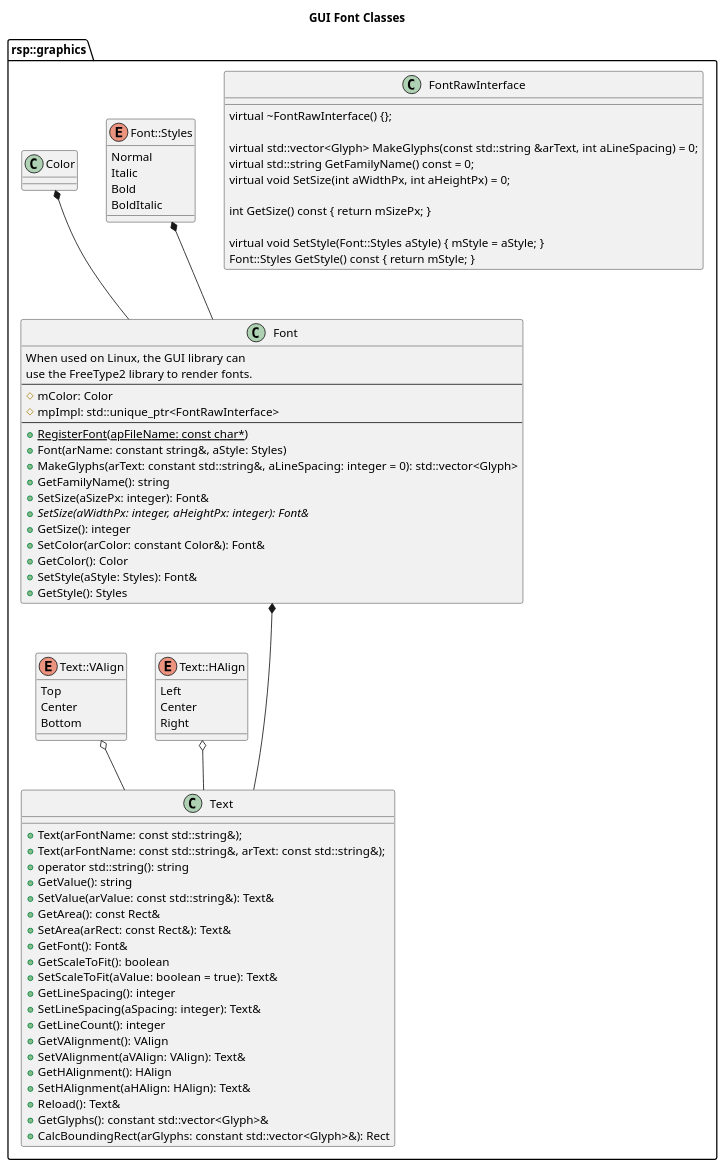
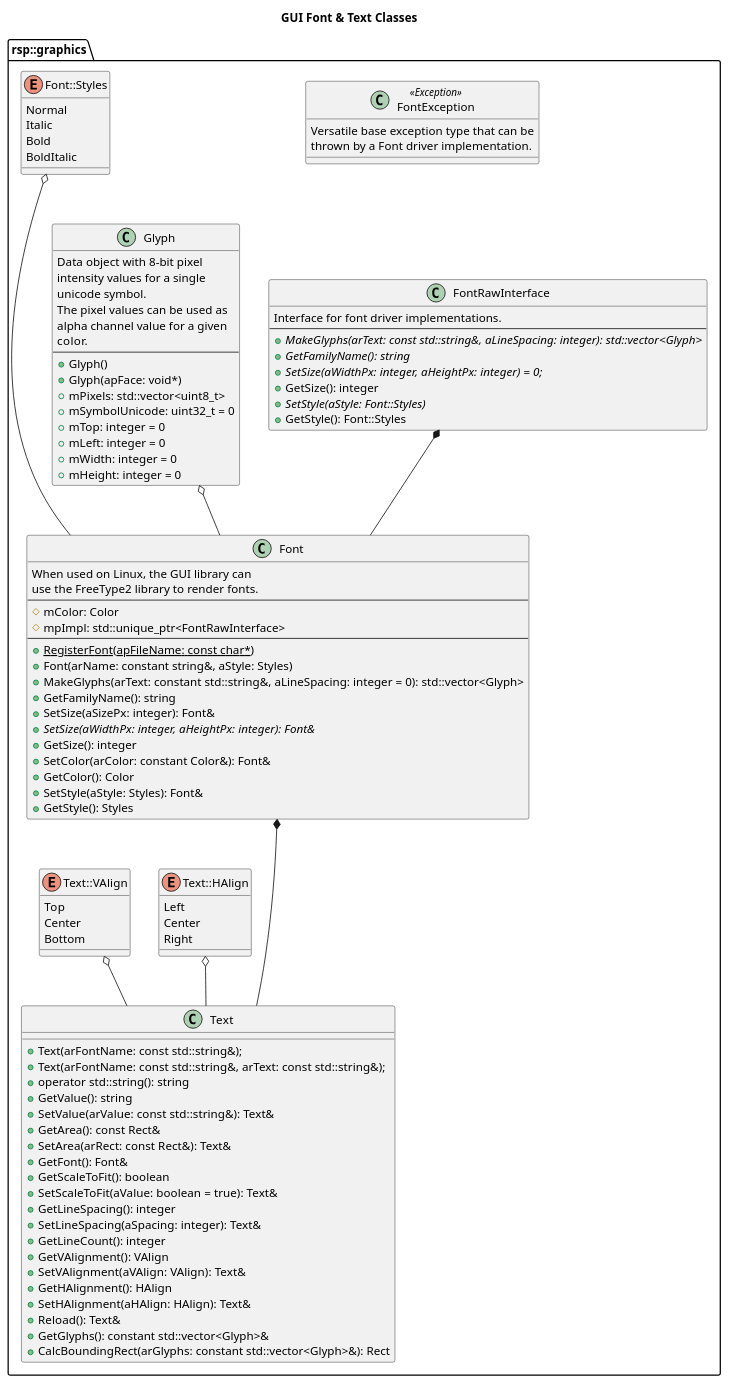
The diagram in docs/uml/GUI Font Classes.puml (rsps/rsp-core-library), drawn with PlantUML before and after one commit. The commit also changed 7 other files, not shown here.

Commit message:
Finished update of UML diagrams

```diff
--- a/docs/uml/GUI Font Classes.puml
+++ b/docs/uml/GUI Font Classes.puml
@@ -1,88 +1,112 @@
 @startuml
 
-title GUI Font Classes
+skinparam stereotypeCBackgroundColor<<Exception>> Red
+
+title GUI Font & Text Classes
 
 namespace rsp::graphics {
 
+class FontException <<Exception>> {
+    Versatile base exception type that can be
+    thrown by a Font driver implementation.
+}
+
 class FontRawInterface {
-    virtual ~FontRawInterface() {};
+    Interface for font driver implementations.
+    --
+    +{abstract}MakeGlyphs(arText: const std::string&, aLineSpacing: integer): std::vector<Glyph>
+    +{abstract}GetFamilyName(): string
+    +{abstract}SetSize(aWidthPx: integer, aHeightPx: integer) = 0;
+    +GetSize(): integer
+    +{abstract}SetStyle(aStyle: Font::Styles)
+    +GetStyle(): Font::Styles
+}
 
-    virtual std::vector<Glyph> MakeGlyphs(const std::string &arText, int aLineSpacing) = 0;
-    virtual std::string GetFamilyName() const = 0;
-    virtual void SetSize(int aWidthPx, int aHeightPx) = 0;
-
-    int GetSize() const { return mSizePx; }
-
-    virtual void SetStyle(Font::Styles aStyle) { mStyle = aStyle; }
-    Font::Styles GetStyle() const { return mStyle; }
+class Glyph {
+    Data object with 8-bit pixel
+    intensity values for a single
+    unicode symbol.
+    The pixel values can be used as
+    alpha channel value for a given
+    color.
+    --
+    +Glyph()
+    +Glyph(apFace: void*)
+    +mPixels: std::vector<uint8_t>
+    +mSymbolUnicode: uint32_t = 0
+    +mTop: integer = 0
+    +mLeft: integer = 0
+    +mWidth: integer = 0
+    +mHeight: integer = 0
 }
 
 enum Font::Styles {
     Normal
     Italic
     Bold
     BoldItalic
 }
 
 class Font {
     When used on Linux, the GUI library can
     use the FreeType2 library to render fonts.
     --
     #mColor: Color
     #mpImpl: std::unique_ptr<FontRawInterface>
     --
     +{static}RegisterFont(apFileName: const char*)
     +Font(arName: constant string&, aStyle: Styles)
     +MakeGlyphs(arText: constant std::string&, aLineSpacing: integer = 0): std::vector<Glyph>
     +GetFamilyName(): string
     +SetSize(aSizePx: integer): Font&
     +{abstract}SetSize(aWidthPx: integer, aHeightPx: integer): Font&
     +GetSize(): integer
     +SetColor(arColor: constant Color&): Font&
     +GetColor(): Color
     +SetStyle(aStyle: Styles): Font&
     +GetStyle(): Styles
 }
-Font::Styles *-- Font
-Color *-- Font
+FontRawInterface *-- Font
+Glyph o-- Font
+Font::Styles o--- Font
 
 enum Text::HAlign {
     Left
     Center
     Right
 }
 
 enum Text::VAlign {
     Top
     Center
     Bottom
 }
 
 class Text {
     +Text(arFontName: const std::string&);
     +Text(arFontName: const std::string&, arText: const std::string&);
     +operator std::string(): string
     +GetValue(): string
     +SetValue(arValue: const std::string&): Text&
     +GetArea(): const Rect&
     +SetArea(arRect: const Rect&): Text&
     +GetFont(): Font&
     +GetScaleToFit(): boolean
     +SetScaleToFit(aValue: boolean = true): Text&
     +GetLineSpacing(): integer
     +SetLineSpacing(aSpacing: integer): Text&
     +GetLineCount(): integer
     +GetVAlignment(): VAlign
     +SetVAlignment(aVAlign: VAlign): Text&
     +GetHAlignment(): HAlign
     +SetHAlignment(aHAlign: HAlign): Text&
     +Reload(): Text&
     +GetGlyphs(): constant std::vector<Glyph>&
     +CalcBoundingRect(arGlyphs: constant std::vector<Glyph>&): Rect
 }
 
 Font *--- Text
 Text::VAlign o-- Text
 Text::HAlign o-- Text
 
 @enduml
```
